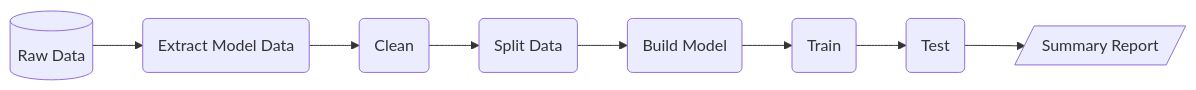
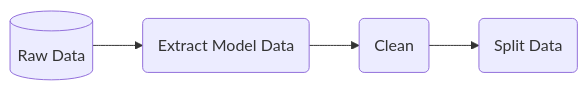
The first of 3 diagrams in docs/source/pipelines.md (abdelrahmanaltawil/multiple-sclerosis), drawn with Mermaid before and after one commit. The commit also changed other lines of this file, not shown here.

````diff
--- a/docs/source/pipelines.md
+++ b/docs/source/pipelines.md
@@ -5,10 +5,6 @@
 ```mermaid
 graph LR
     raw[(Raw Data)] --> extract(Extract Model Data)
     extract --> clean(Clean)
     clean --> split(Split Data)
-    split --> build(Build Model)
-    build --> train(Train)
-    train --> test(Test)
-    test --> report[/Summary Report/]
 ```
````
